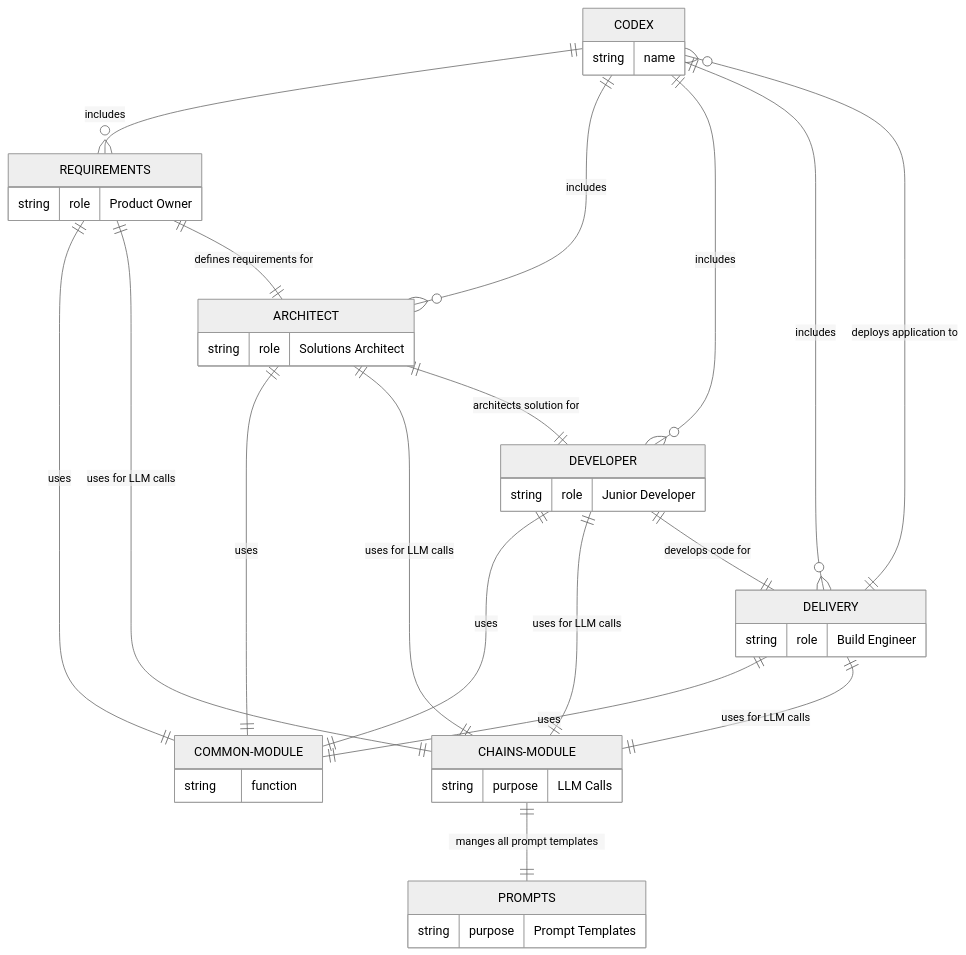
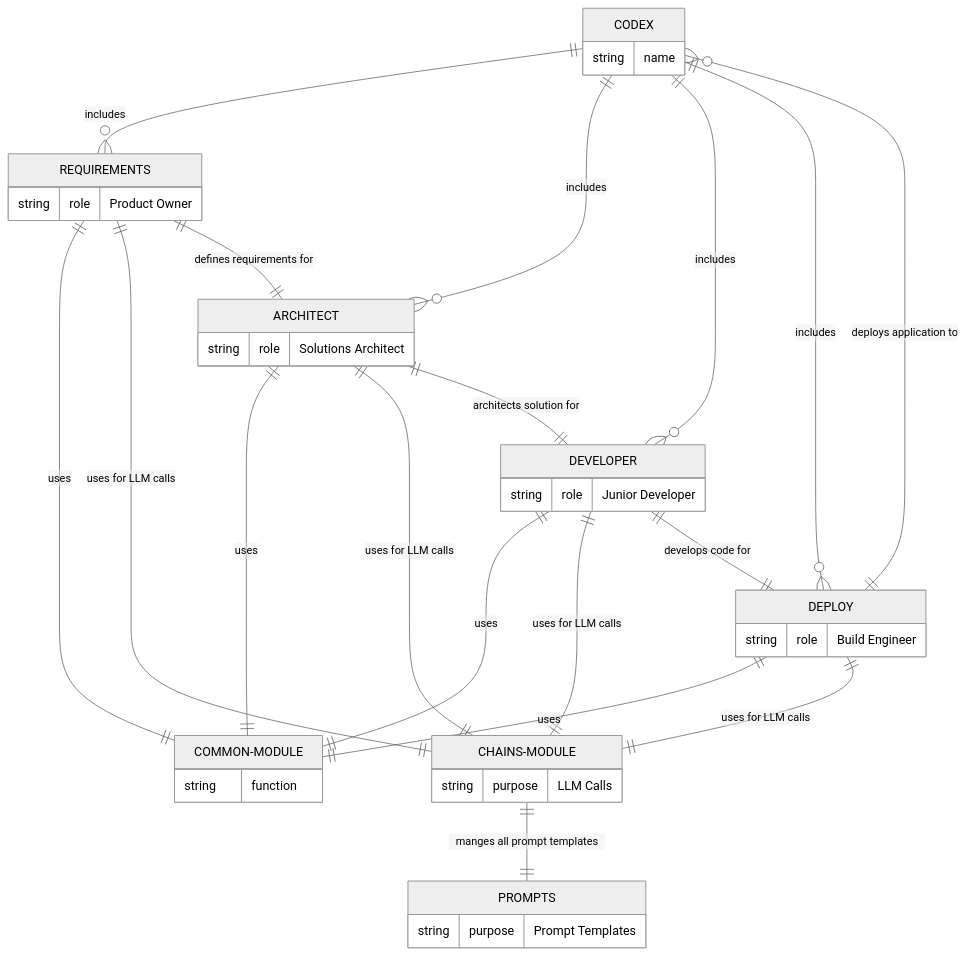
One commit to Significant-Gravitas/AutoGPT-Code-Ability changed the first of 4 diagrams in README.md. Above: the diagram before and after it, drawn with Mermaid (neutral theme). The commit also changed other lines of this file and 8 other files, not shown here.

Commit message:
Renamned delivery to deploy

````diff
--- a/README.md
+++ b/README.md
@@ -31,46 +31,46 @@
 ```mermaid
 erDiagram
     CODEX ||--o{ REQUIREMENTS : includes
     CODEX ||--o{ ARCHITECT : includes
     CODEX ||--o{ DEVELOPER : includes
-    CODEX ||--o{ DELIVERY : includes
+    CODEX ||--o{ DEPLOY : includes
     REQUIREMENTS ||--|| COMMON-MODULE : uses
     ARCHITECT ||--|| COMMON-MODULE : uses
     DEVELOPER ||--|| COMMON-MODULE : uses
-    DELIVERY ||--|| COMMON-MODULE : uses
+    DEPLOY ||--|| COMMON-MODULE : uses
     REQUIREMENTS ||--|| CHAINS-MODULE : "uses for LLM calls"
     ARCHITECT ||--|| CHAINS-MODULE : "uses for LLM calls"
     DEVELOPER ||--|| CHAINS-MODULE : "uses for LLM calls"
-    DELIVERY ||--|| CHAINS-MODULE : "uses for LLM calls"
+    DEPLOY ||--|| CHAINS-MODULE : "uses for LLM calls"
     REQUIREMENTS ||--|| ARCHITECT : "defines requirements for"
     ARCHITECT ||--|| DEVELOPER : "architects solution for"
-    DEVELOPER ||--|| DELIVERY : "develops code for"
-    DELIVERY ||--o{ CODEX : "deploys application to"
+    DEVELOPER ||--|| DEPLOY : "develops code for"
+    DEPLOY ||--o{ CODEX : "deploys application to"
     CHAINS-MODULE ||--|| PROMPTS : "manges all prompt templates"
 
     CODEX {
         string name
     }
     REQUIREMENTS {
         string role "Product Owner"
     }
     ARCHITECT {
         string role "Solutions Architect"
     }
     DEVELOPER {
         string role "Junior Developer"
     }
-    DELIVERY {
+    DEPLOY {
         string role "Build Engineer"
     }
     COMMON-MODULE {
         string function
     }
     CHAINS-MODULE {
         string purpose "LLM Calls"
     }
     PROMPTS {
         string purpose "Prompt Templates"
     }
 
 ```
````
